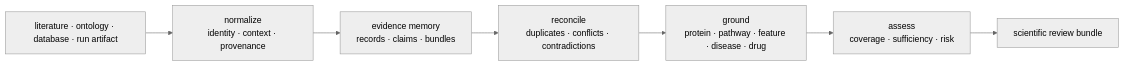
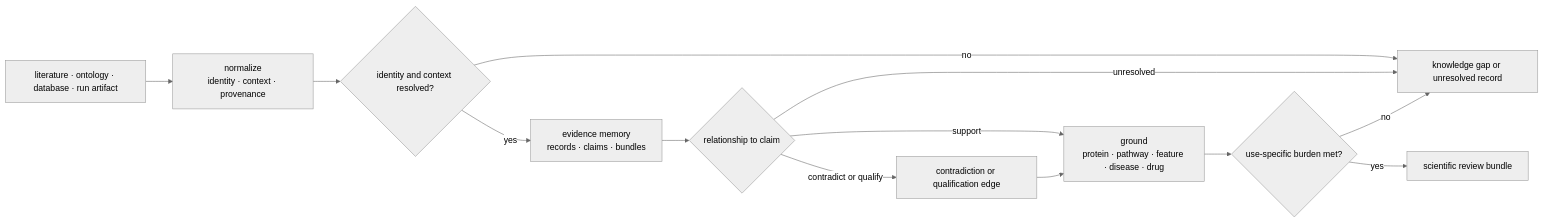
Before and after one commit to bijux/bijux-proteomics: the first of 6 diagrams in docs/06-bijux-proteomics-knowledge/index.md, drawn with Mermaid (neutral theme). The commit also changed other lines of this file and 1 other file, not shown here.

Commit message:
docs(decisions): separate evidence policy and action authority

````diff
--- a/docs/06-bijux-proteomics-knowledge/index.md
+++ b/docs/06-bijux-proteomics-knowledge/index.md
@@ -23,11 +23,22 @@
 ```mermaid
 flowchart LR
     source["literature · ontology · database · run artifact"]
     normalize["normalize\nidentity · context · provenance"]
+    resolved{"identity and context resolved?"}
     memory["evidence memory\nrecords · claims · bundles"]
-    reconcile["reconcile\nduplicates · conflicts · contradictions"]
+    reconcile{"relationship to claim"}
     ground["ground\nprotein · pathway · feature · disease · drug"]
-    assess["assess\ncoverage · sufficiency · risk"]
+    assess{"use-specific burden met?"}
     brief["scientific review bundle"]
-    source --> normalize --> memory --> reconcile --> ground --> assess --> brief
+    gap["knowledge gap or unresolved record"]
+    contradiction["contradiction or qualification edge"]
+    source --> normalize --> resolved
+    resolved -->|no| gap
+    resolved -->|yes| memory --> reconcile
+    reconcile -->|support| ground
+    reconcile -->|contradict or qualify| contradiction --> ground
+    reconcile -->|unresolved| gap
+    ground --> assess
+    assess -->|yes| brief
+    assess -->|no| gap
 ```
````
